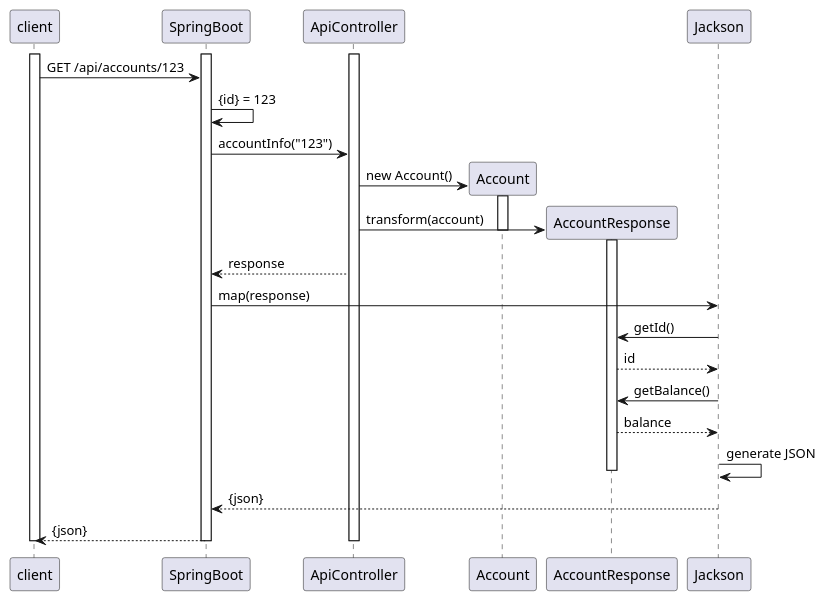
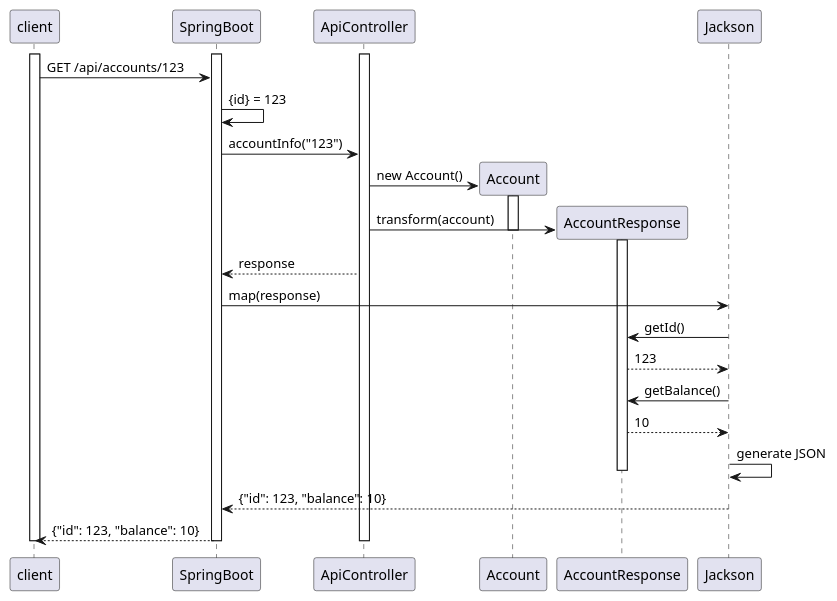
Before and after one commit to ted-ncg/labs: the diagram in diagrams/object-to-json-with-dto.puml, drawn with PlantUML. The commit also changed 3 other files, not shown here.

```diff
--- a/diagrams/object-to-json-with-dto.puml
+++ b/diagrams/object-to-json-with-dto.puml
@@ -1,32 +1,32 @@
 @startuml
 participant client
 activate client
 activate SpringBoot
 activate ApiController
 client -> SpringBoot: GET /api/accounts/123
 
 SpringBoot -> SpringBoot: {id} = 123
 SpringBoot -> ApiController: accountInfo("123")
 create Account
 ApiController -> Account: new Account()
 activate Account
 create AccountResponse
 ApiController -> AccountResponse: transform(account)
 activate AccountResponse
 deactivate Account
 
 ApiController --> SpringBoot: response
 SpringBoot -> Jackson: map(response)
 Jackson -> AccountResponse: getId()
-AccountResponse --> Jackson: id
+AccountResponse --> Jackson: 123
 Jackson -> AccountResponse: getBalance()
-AccountResponse --> Jackson: balance
+AccountResponse --> Jackson: 10
 Jackson -> Jackson: generate JSON
 deactivate AccountResponse
-Jackson --> SpringBoot: {json}
+Jackson --> SpringBoot: {"id": 123, "balance": 10}
 
-SpringBoot --> client: {json}
+SpringBoot --> client: {"id": 123, "balance": 10}
 deactivate ApiController
 deactivate SpringBoot
 deactivate client
 @enduml
```
